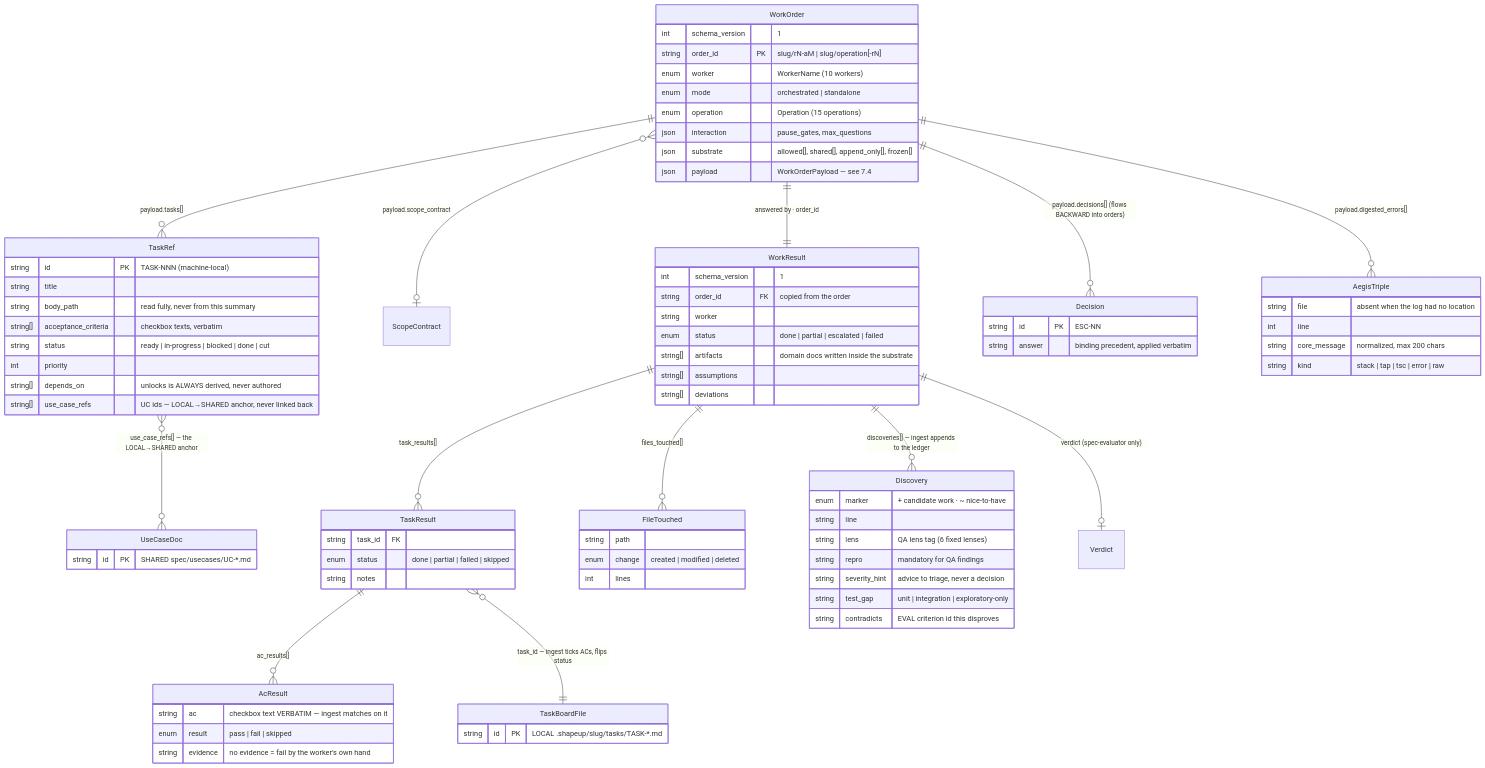
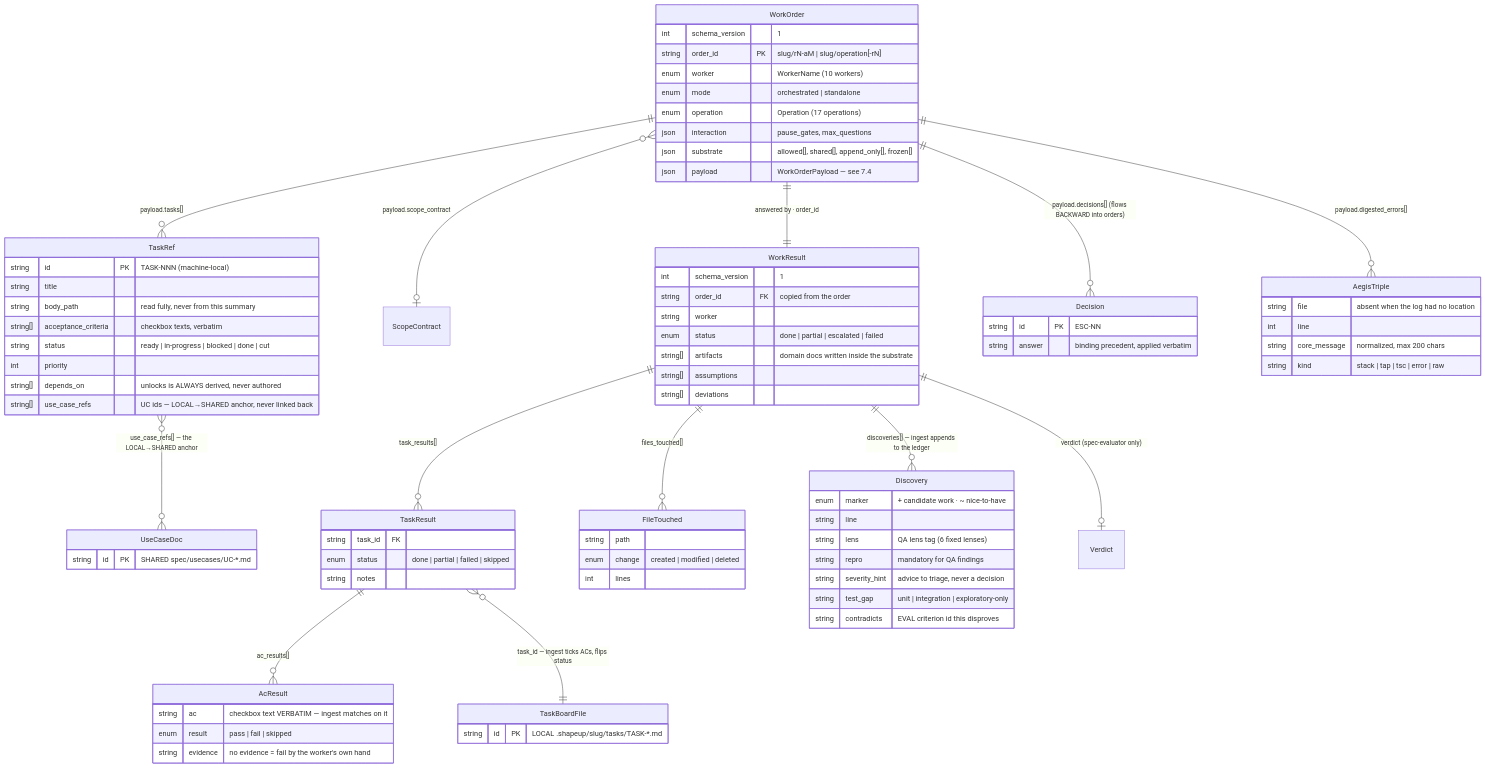
Before and after one commit to nguyenvanphituoc/shapeup-sdlc-plugin: the first of 5 diagrams in docs/design/07-domain-erd.md, drawn with Mermaid. The commit also changed 2 other files, not shown here.

Commit message:
docs(audit): the operation count, and two L1b reds nothing named
The design docs and the ERD both said fifteen operations over a seventeen-member
enum. scan and research each added one; both commits edited 07-domain-erd.md for
other reasons and left the count inside it alone, and neither touched
03-system-design.md.

CONTRACT-SCHEMA was the sharper gap: a red added this cycle that stops a run at
L1b, named in no gate block, no shipped page and no design doc. A hard stop the
orchestrator's own gate reference does not list is a stop nobody can anticipate,
and this one guards the class where a contract parses, passes lint, and is then
refused by the compiler with the scope never dispatched and the board still
green. CONTRACT-UNREADABLE was undocumented too and is listed with it.

Checked and left alone: SECURITY.md's seven hook entries and six Node scripts is
exactly right against hooks.json, README's six retired hooks is a v2.0 history
line, HD-001 in the coach skill is a register template, and docs/shapeup-sdlc in
the path resolver is the committed tier's former home with the reason it moved.

Claude-Session: https://claude.ai/code/session_01KjobYpRGmjhLWgZyxTd3oJ

```diff
--- a/docs/design/07-domain-erd.md
+++ b/docs/design/07-domain-erd.md
@@ -65,7 +65,7 @@
         string order_id PK "slug/rN-aM | slug/operation[-rN]"
         enum worker "WorkerName (10 workers)"
         enum mode "orchestrated | standalone"
-        enum operation "Operation (15 operations)"
+        enum operation "Operation (17 operations)"
         json interaction "pause_gates, max_questions"
         json substrate "allowed[], shared[], append_only[], frozen[]"
         json payload "WorkOrderPayload — see 7.4"
```
